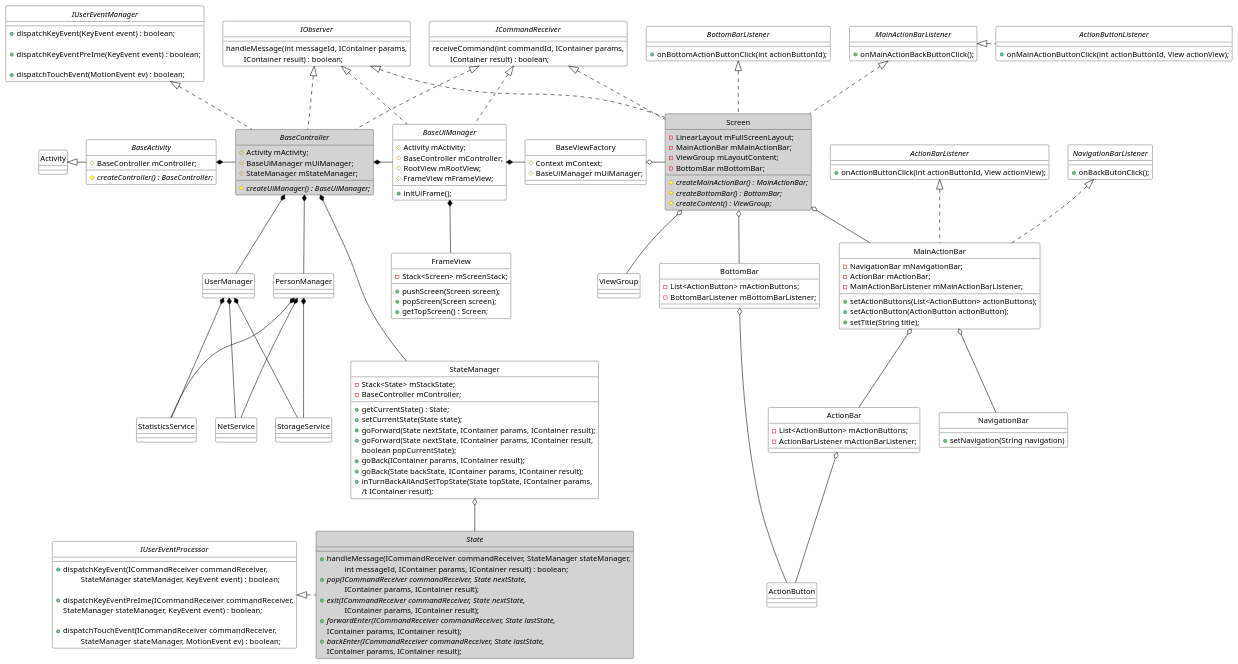
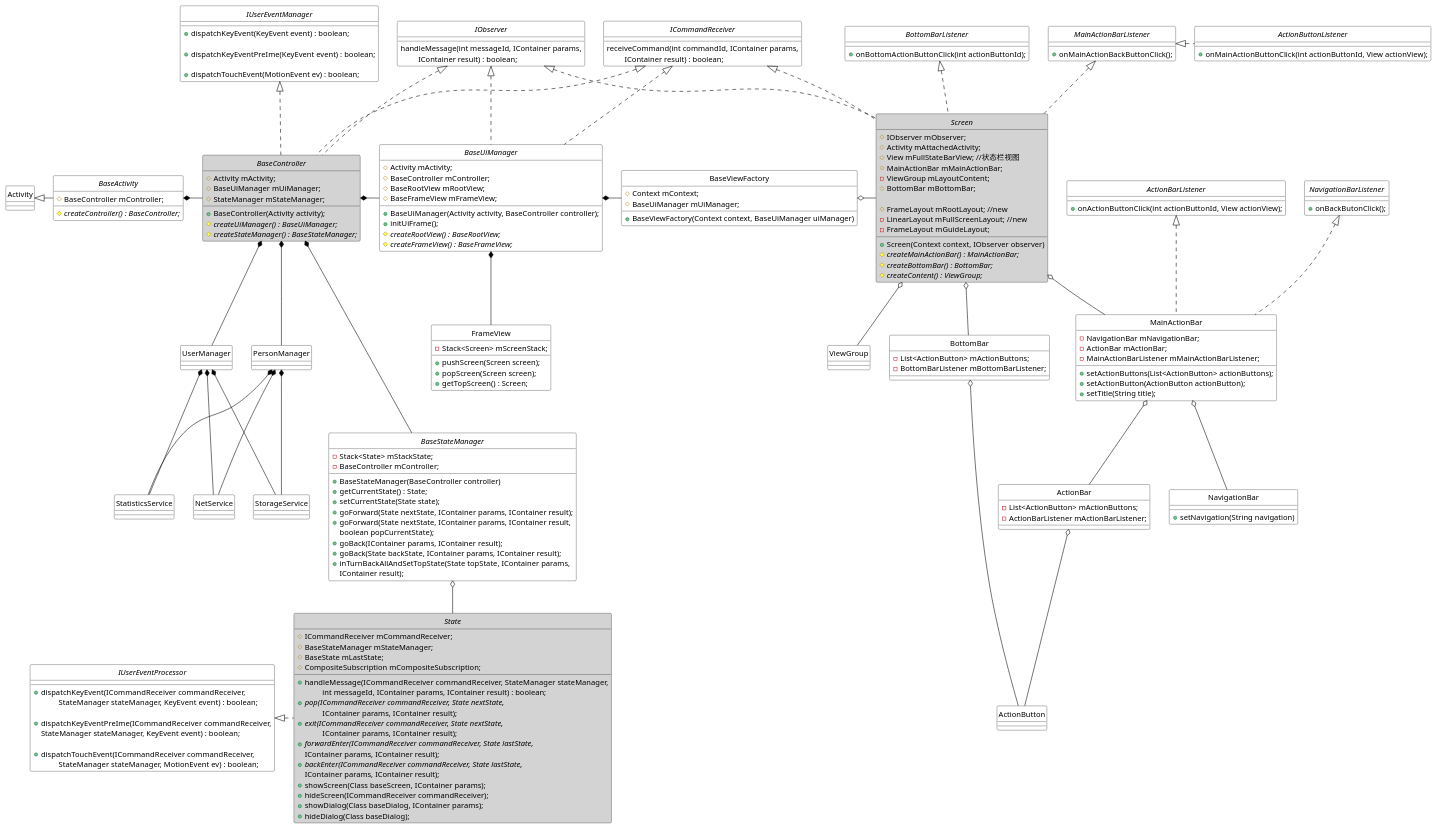
Before and after one commit to liyungui/liyungui.github.io: the diagram in source/_posts/Android端架构_单Activity模式/framework.puml, drawn with PlantUML. The commit also changed 5 other files, not shown here.

```diff
--- a/source/_posts/Android端架构_单Activity模式/framework.puml
+++ b/source/_posts/Android端架构_单Activity模式/framework.puml
@@ -37,7 +37,10 @@
 }
 
 abstract class State #LightGray{
-
+        # ICommandReceiver mCommandReceiver;
+        # BaseStateManager mStateManager;
+        # BaseState mLastState;
+        # CompositeSubscription mCompositeSubscription;
 
         + handleMessage(ICommandReceiver commandReceiver, StateManager stateManager,
                                     \t int messageId, IContainer params, IContainer result) : boolean;
@@ -49,6 +52,10 @@
                 IContainer params, IContainer result);
         + {abstract} backEnter(ICommandReceiver commandReceiver, State lastState,
                 IContainer params, IContainer result);
+        + showScreen(Class baseScreen, IContainer params);
+        + hideScreen(ICommandReceiver commandReceiver);
+        + showDialog(Class baseDialog, IContainer params);
+        + hideDialog(Class baseDialog);
 }
 
 abstract class BaseActivity {
@@ -60,22 +67,28 @@
     # Activity mActivity;
     # BaseUiManager mUiManager;
     # StateManager mStateManager;
+    + BaseController(Activity activity);
     # {abstract} createUiManager() : BaseUiManager;
+    # {abstract} createStateManager() : BaseStateManager;
 }
 
 abstract class BaseUiManager {
     # Activity mActivity;
     # BaseController mController;
-    # RootView mRootView;
-    # FrameView mFrameView;
+    # BaseRootView mRootView;
+    # BaseFrameView mFrameView;
 
+    + BaseUiManager(Activity activity, BaseController controller);
     + initUiFrame();
+    # {abstract} createRootView() : BaseRootView;
+    # {abstract} createFrameView() : BaseFrameView;
 }
 
-class StateManager {
+abstract class BaseStateManager {
     - Stack<State> mStackState;
     - BaseController mController;
 
+    + BaseStateManager(BaseController controller)
     + getCurrentState() : State;
     + setCurrentState(State state);
     + goForward(State nextState, IContainer params, IContainer result);
@@ -84,12 +97,14 @@
     + goBack(IContainer params, IContainer result);
     + goBack(State backState, IContainer params, IContainer result);
     + inTurnBackAllAndSetTopState(State topState, IContainer params,
-    /t IContainer result);
+                                   IContainer result);
 }
 
 class BaseViewFactory {
     # Context mContext;
     # BaseUiManager mUiManager;
+
+    + BaseViewFactory(Context context, BaseUiManager uiManager)
 }
 
 class FrameView {
@@ -112,12 +127,19 @@
     + onMainActionButtonClick(int actionButtonId, View actionView);
 }
 
-class Screen #LightGray{
-    - LinearLayout mFullScreenLayout;
-    - MainActionBar mMainActionBar;
+abstract class Screen #LightGray{
+    # IObserver mObserver;
+    # Activity mAttachedActivity;
+    # View mFullStateBarView; //状态栏视图
+    # MainActionBar mMainActionBar;
     - ViewGroup mLayoutContent;
-    - BottomBar mBottomBar;
+    # BottomBar mBottomBar;
 
+    # FrameLayout mRootLayout; //new
+    - LinearLayout mFullScreenLayout; //new
+    - FrameLayout mGuideLayout;
+
+    + Screen(Context context, IObserver observer)
     # {abstract} createMainActionBar() : MainActionBar;
     # {abstract} createBottomBar() : BottomBar;
     # {abstract} createContent() : ViewGroup;
@@ -179,7 +201,7 @@
 IUserEventProcessor <|.r. State
 
 BaseController *- BaseUiManager
-BaseController *-d-- StateManager
+BaseController *-d-- BaseStateManager
 BaseController *-d- UserManager
 BaseController *-d- PersonManager
 
@@ -194,7 +216,7 @@
 BaseUiManager *-r- BaseViewFactory
 BaseUiManager *-d- FrameView
 
-StateManager o-d- State
+BaseStateManager o-d- State
 
 BaseViewFactory o-r- Screen
 
@@ -209,8 +231,6 @@
 Screen o-d- ViewGroup
 Screen o-d- BottomBar
 
-
-
 ActionBarListener <|.. MainActionBar
 NavigationBarListener <|.. MainActionBar
 
```
